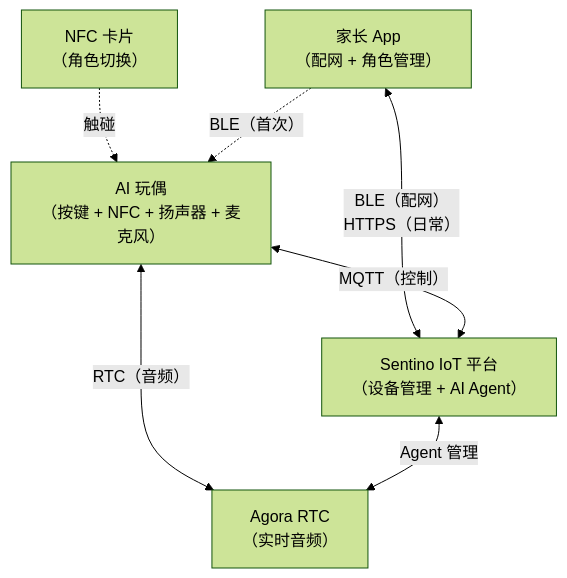
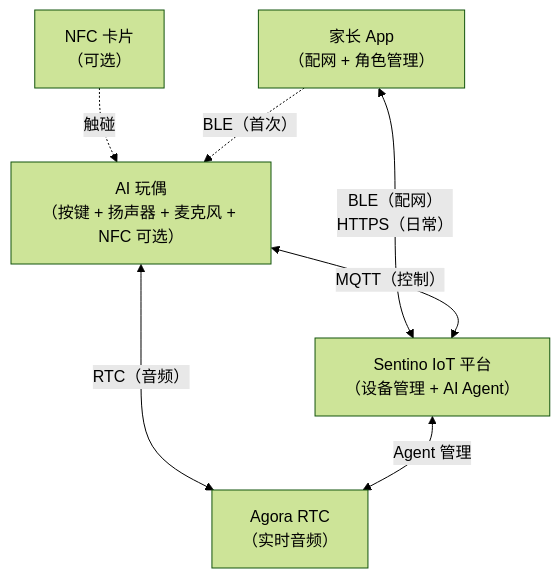
Before and after one commit to sentino-jp/iot-docs: the first of 7 diagrams in solution-ai-toy.md, drawn with Mermaid (forest theme). The commit also changed other lines of this file and 6 other files, not shown here.

````diff
--- a/solution-ai-toy.md
+++ b/solution-ai-toy.md
@@ -22,15 +22,15 @@
 ```mermaid
 graph TD
-    Toy["AI 玩偶<br/>（按键 + NFC + 扬声器 + 麦克风）"]
+    Toy["AI 玩偶<br/>（按键 + 扬声器 + 麦克风 + NFC 可选）"]
     App["家长 App<br/>（配网 + 角色管理）"]
     Cloud["Sentino IoT 平台<br/>（设备管理 + AI Agent）"]
     Agora["Agora RTC<br/>（实时音频）"]
-    NFC["NFC 卡片<br/>（角色切换）"]
+    NFC["NFC 卡片<br/>（可选）"]
 
     App <-->|"BLE（配网）<br/>HTTPS（日常）"| Cloud
     Toy <-->|"MQTT（控制）"| Cloud
     Toy <-->|"RTC（音频）"| Agora
     Cloud <-->|"Agent 管理"| Agora
     NFC -.->|"触碰"| Toy
     App -.->|"BLE（首次）"| Toy
 ```
````
